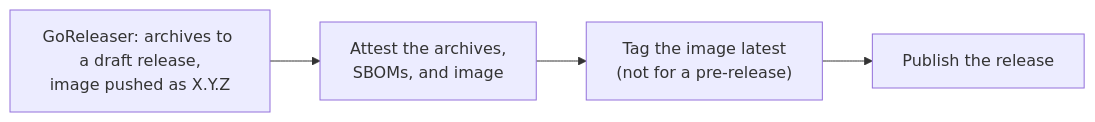
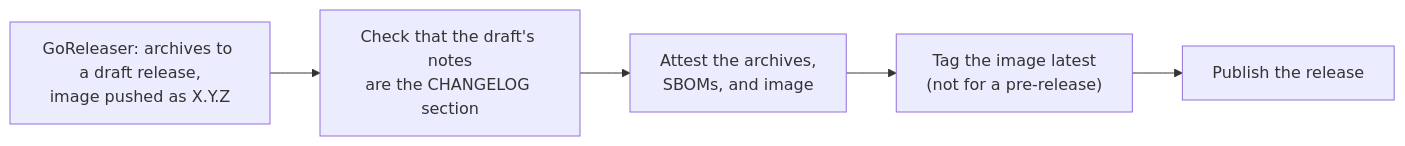
One commit to code19m/taskmill changed the diagram in docs/design/releasing.md. Above: the diagram before and after it, drawn with Mermaid. The commit also changed 3 other files, not shown here.

First line of the commit message:
fix(release): give each GitHub release its changelog section as notes (#224)

````diff
--- a/docs/design/releasing.md
+++ b/docs/design/releasing.md
@@ -113,6 +113,7 @@
 ```mermaid
 flowchart LR
-    A["GoReleaser: archives to a draft release,<br/>image pushed as X.Y.Z"] --> B["Attest the archives,<br/>SBOMs, and image"]
+    A["GoReleaser: archives to a draft release,<br/>image pushed as X.Y.Z"] --> N["Check that the draft's notes<br/>are the CHANGELOG section"]
+    N --> B["Attest the archives,<br/>SBOMs, and image"]
     B --> C["Tag the image latest<br/>(not for a pre-release)"]
     C --> D["Publish the release"]
 ```
````
